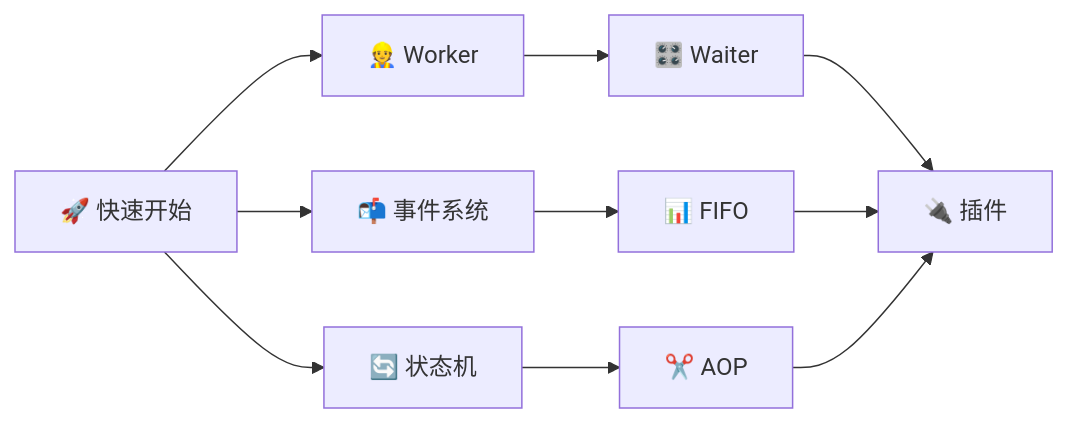
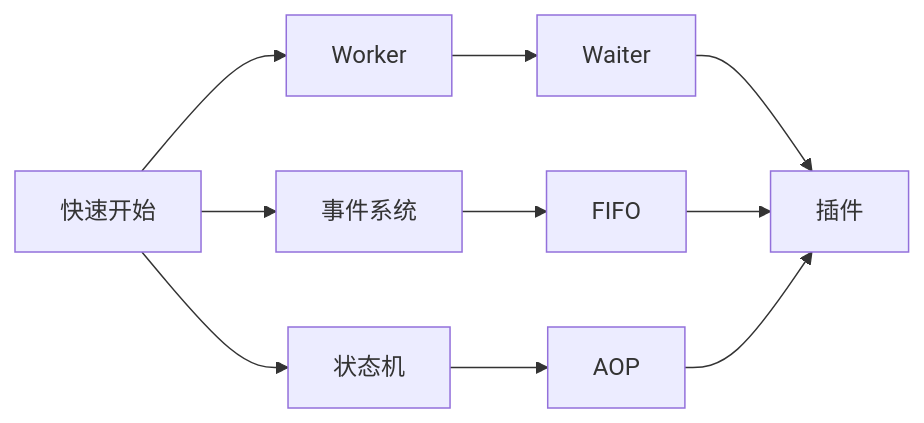
One commit to YearsAlso/zoo-framework-doc changed the second of 2 diagrams in docs/start/index.md. Above: the diagram before and after it, drawn with Mermaid. The commit also changed other lines of this file and 24 other files, not shown here.

First line of the commit message:
docs(site): 站点正式化与内容严肃化，附 bench 报告截图

````diff
--- a/docs/start/index.md
+++ b/docs/start/index.md
@@ -296,12 +296,12 @@
 ```mermaid
 graph LR
-    A[🚀 快速开始] --> B[👷 Worker]
-    A --> C[📬 事件系统]
-    A --> D[🔄 状态机]
-    B --> E[🎛️ Waiter]
-    C --> F[📊 FIFO]
-    D --> G[✂️ AOP]
-    E --> H[🔌 插件]
+    A[ 快速开始] --> B[ Worker]
+    A --> C[ 事件系统]
+    A --> D[ 状态机]
+    B --> E[ Waiter]
+    C --> F[ FIFO]
+    D --> G[ AOP]
+    E --> H[ 插件]
     F --> H
     G --> H
 ```
````
